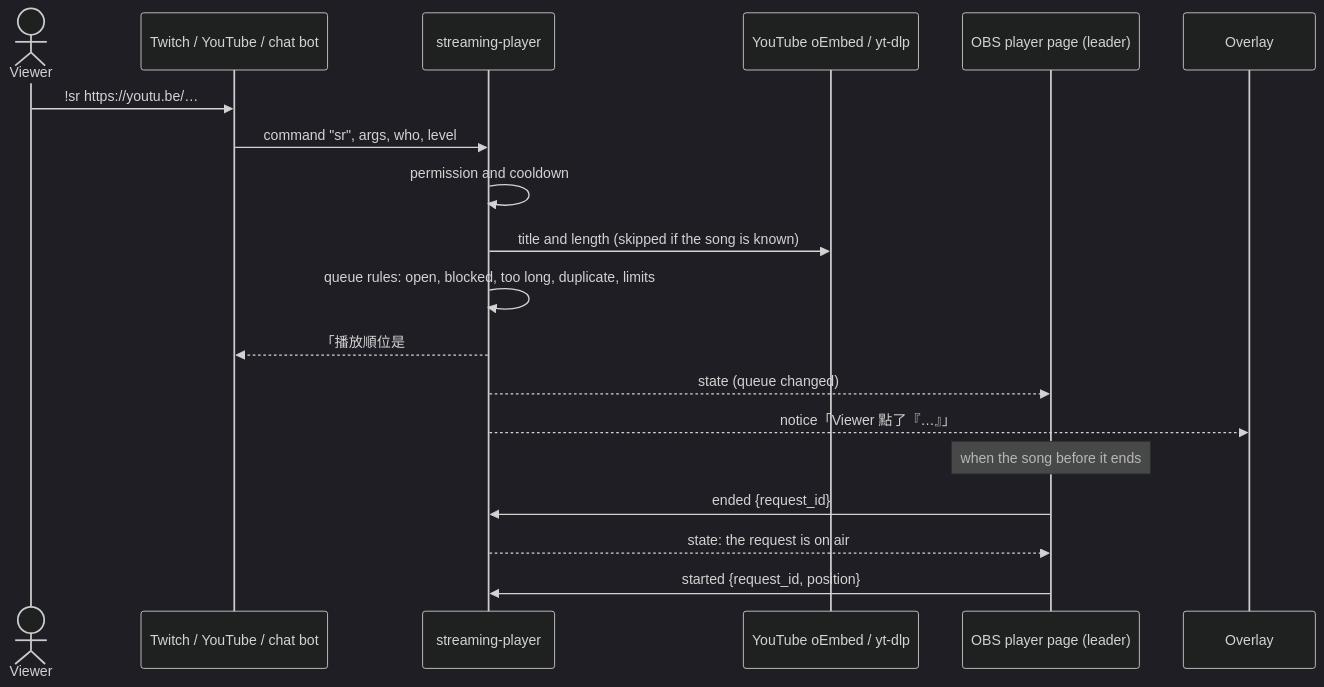
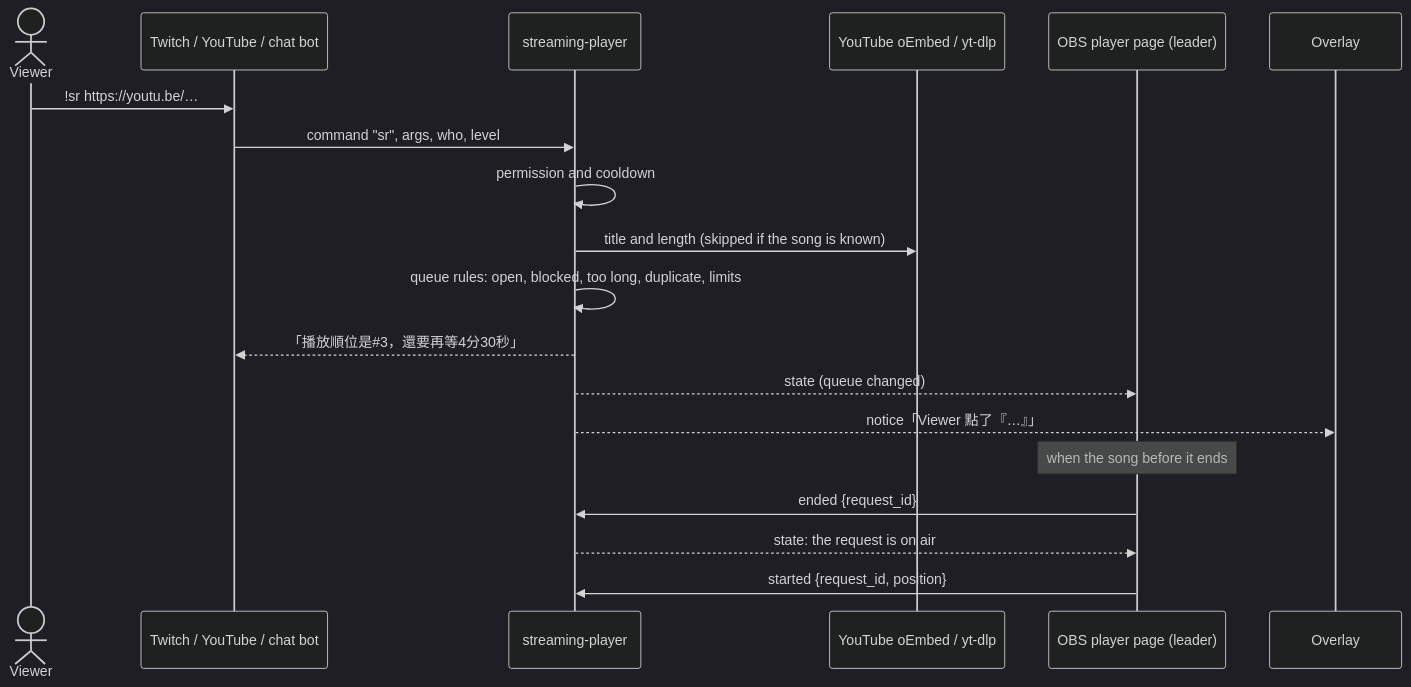
The second of 2 diagrams in README.md (NatLee/streaming-player), drawn with Mermaid (dark theme) before and after one commit. The commit also changed 1 other file, not shown here.

Commit message:
docs: stop Mermaid from cutting labels at "#"
In a sequence diagram Mermaid reads "#" as the start of a comment, so
"state {now: #12, ...}" rendered as "state {now:" and the request reply in
the README stopped at 「播放順位是. "#35;" is Mermaid's escape for "#".

````diff
--- a/README.md
+++ b/README.md
@@ -110,21 +110,21 @@
 ```mermaid
 sequenceDiagram
   actor Viewer
   participant Chat as Twitch / YouTube / chat bot
   participant S as streaming-player
   participant Site as YouTube oEmbed / yt-dlp
   participant OBS as OBS player page (leader)
   participant Ov as Overlay
   Viewer->>Chat: !sr https://youtu.be/…
   Chat->>S: command "sr", args, who, level
   S->>S: permission and cooldown
   S->>Site: title and length (skipped if the song is known)
   S->>S: queue rules: open, blocked, too long, duplicate, limits
-  S-->>Chat: 「播放順位是#3，還要再等4分30秒」
+  S-->>Chat: 「播放順位是#35;3，還要再等4分30秒」
   S-->>OBS: state (queue changed)
   S-->>Ov: notice「Viewer 點了『…』」
   Note over OBS: when the song before it ends
   OBS->>S: ended {request_id}
   S-->>OBS: state: the request is on air
   OBS->>S: started {request_id, position}
 ```
````
